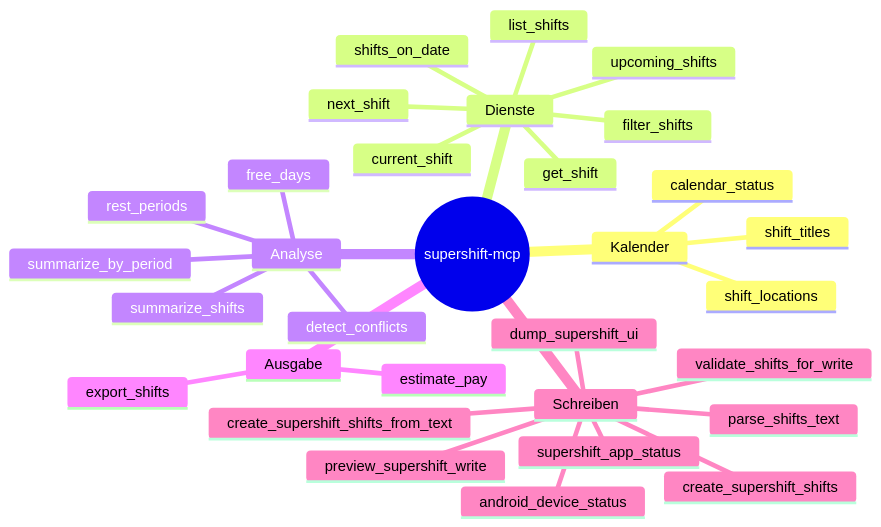
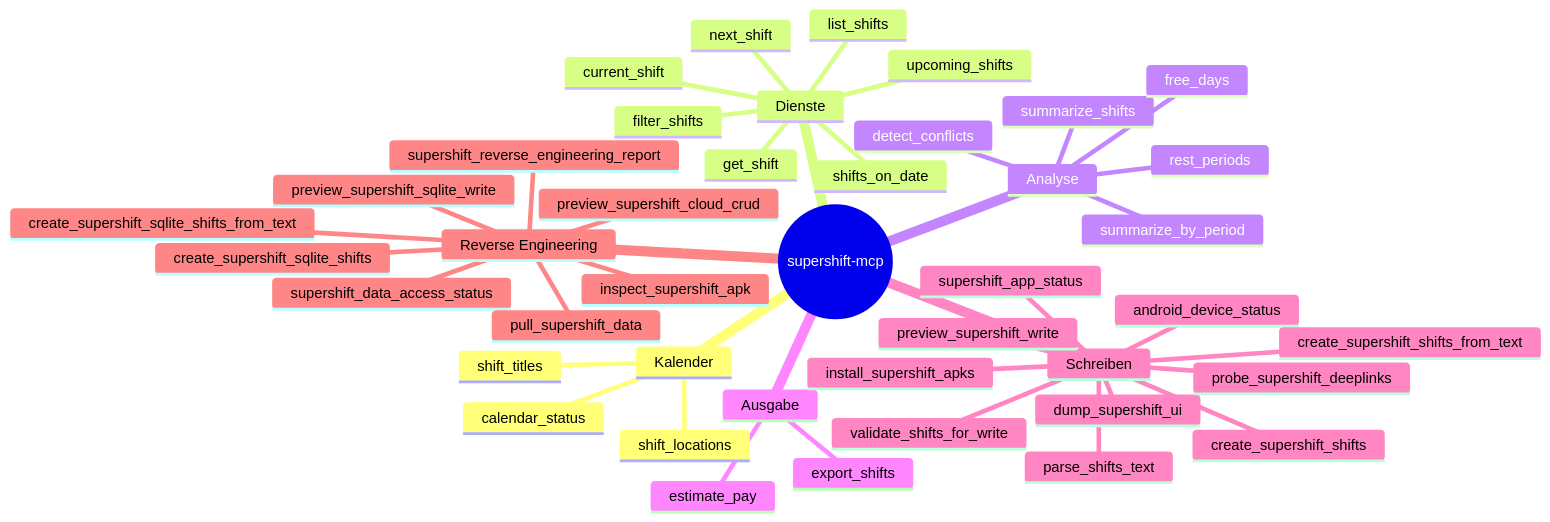
The fourth of 12 diagrams in README.md (Zyrial96/supershift-mcp), drawn with Mermaid before and after one commit. The commit also changed other lines of this file and 5 other files, not shown here.

Commit message:
Expand Supershift reverse write backends

````diff
--- a/README.md
+++ b/README.md
@@ -246,34 +272,45 @@
 ```mermaid
 mindmap
   root((supershift-mcp))
     Kalender
       calendar_status
       shift_titles
       shift_locations
     Dienste
       list_shifts
       filter_shifts
       get_shift
       current_shift
       shifts_on_date
       next_shift
       upcoming_shifts
     Analyse
       summarize_shifts
       summarize_by_period
       detect_conflicts
       rest_periods
       free_days
     Ausgabe
       export_shifts
       estimate_pay
     Schreiben
       parse_shifts_text
       validate_shifts_for_write
       android_device_status
       supershift_app_status
       dump_supershift_ui
+      install_supershift_apks
+      probe_supershift_deeplinks
       preview_supershift_write
       create_supershift_shifts
       create_supershift_shifts_from_text
+    Reverse Engineering
+      inspect_supershift_apk
+      supershift_reverse_engineering_report
+      supershift_data_access_status
+      pull_supershift_data
+      preview_supershift_cloud_crud
+      preview_supershift_sqlite_write
+      create_supershift_sqlite_shifts
+      create_supershift_sqlite_shifts_from_text
 ```
````
